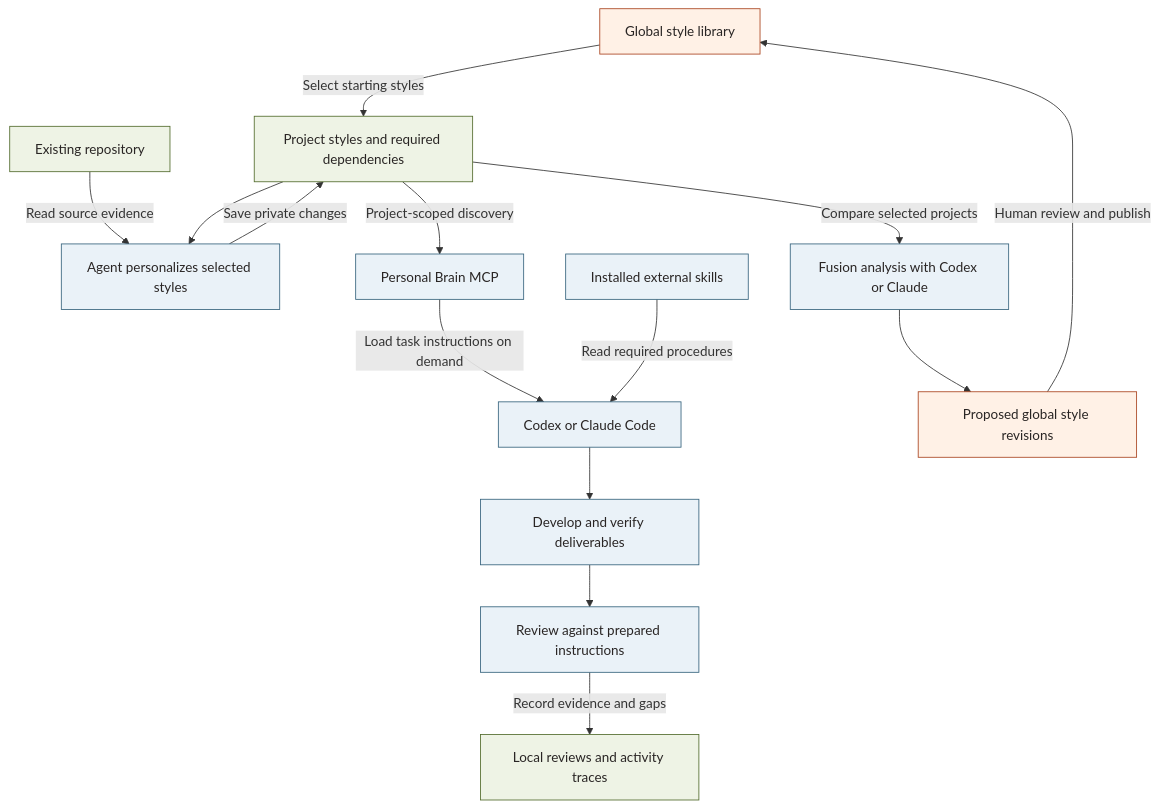
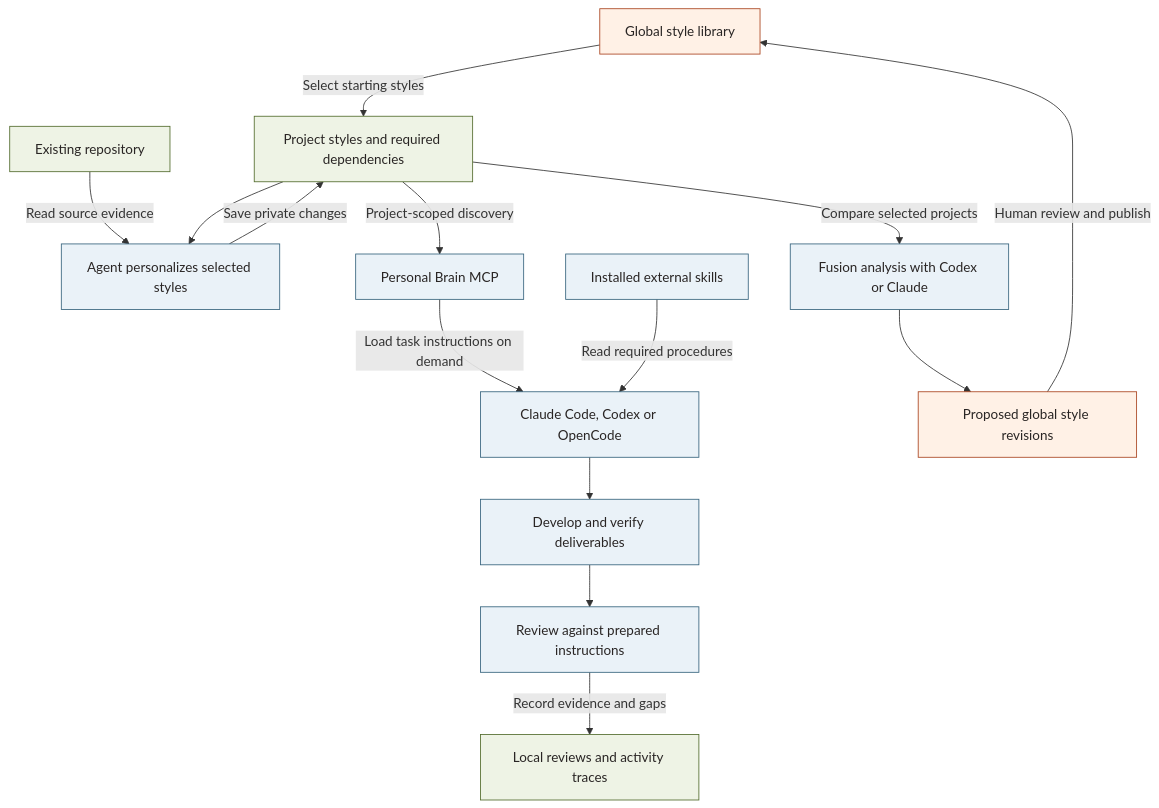
One commit to nghiacr002/personal-brain-style changed the diagram in README.md. Above: the diagram before and after it, drawn with Mermaid. The commit also changed other lines of this file and 45 other files, not shown here.

````diff
--- a/README.md
+++ b/README.md
@@ -9,25 +9,25 @@
 ```mermaid
 flowchart TD
     Library["Global style library"] -->|Select starting styles|Project["Project styles and required dependencies"]
     Repo["Existing repository"] -->|Read source evidence|Personalize["Agent personalizes selected styles"]
     Project --> Personalize
     Personalize -->|Save private changes|Project
 
     Project -->|Project-scoped discovery|MCP["Personal Brain MCP"]
-    MCP -->|Load task instructions on demand|Agent["Codex or Claude Code"]
+    MCP -->|Load task instructions on demand|Agent["Claude Code, Codex or OpenCode"]
     Skills["Installed external skills"] -->|Read required procedures|Agent
     Agent --> Work["Develop and verify deliverables"]
     Work --> Review["Review against prepared instructions"]
     Review -->|Record evidence and gaps|Trace["Local reviews and activity traces"]
 
     Project -->|Compare selected projects|Fusion["Fusion analysis with Codex or Claude"]
     Fusion --> Proposals["Proposed global style revisions"]
     Proposals -->|Human review and publish|Library
 
     classDef shared fill:#fff1e6,stroke:#a9431e,color:#292524;
     classDef project fill:#eef3e5,stroke:#526b2d,color:#292524;
     classDef agent fill:#eaf2f8,stroke:#36637d,color:#292524;
     class Library,Proposals shared;
     class Project,Repo,Trace project;
     class Personalize,MCP,Agent,Skills,Work,Review,Fusion agent;
 ```
````
